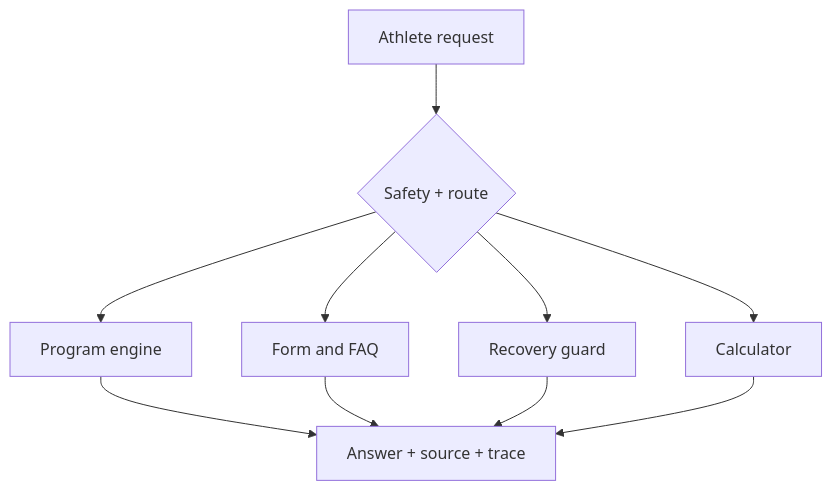
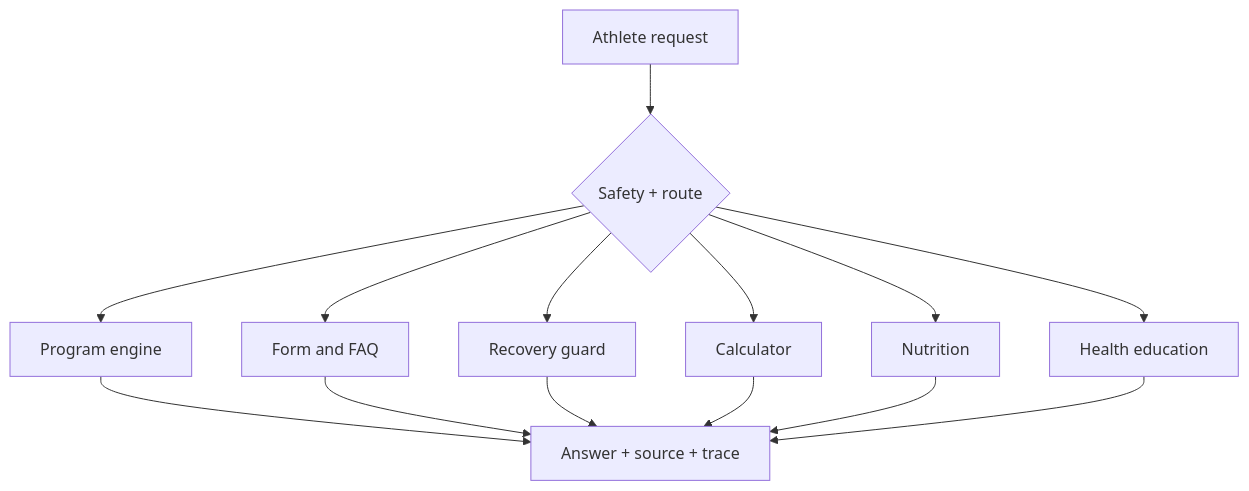
One commit to krutharth-dev/aura-fit-ai changed the diagram in README.md. Above: the diagram before and after it, drawn with Mermaid. The commit also changed other lines of this file and 15 other files, not shown here.

````diff
--- a/README.md
+++ b/README.md
@@ -40,12 +46,16 @@
 ```mermaid
 flowchart TD
     A[Athlete request] --> B{Safety + route}
     B --> C[Program engine]
     B --> D[Form and FAQ]
     B --> E[Recovery guard]
     B --> F[Calculator]
+    B --> H[Nutrition]
+    B --> I[Health education]
     C --> G[Answer + source + trace]
     D --> G
     E --> G
     F --> G
+    H --> G
+    I --> G
 ```
````
